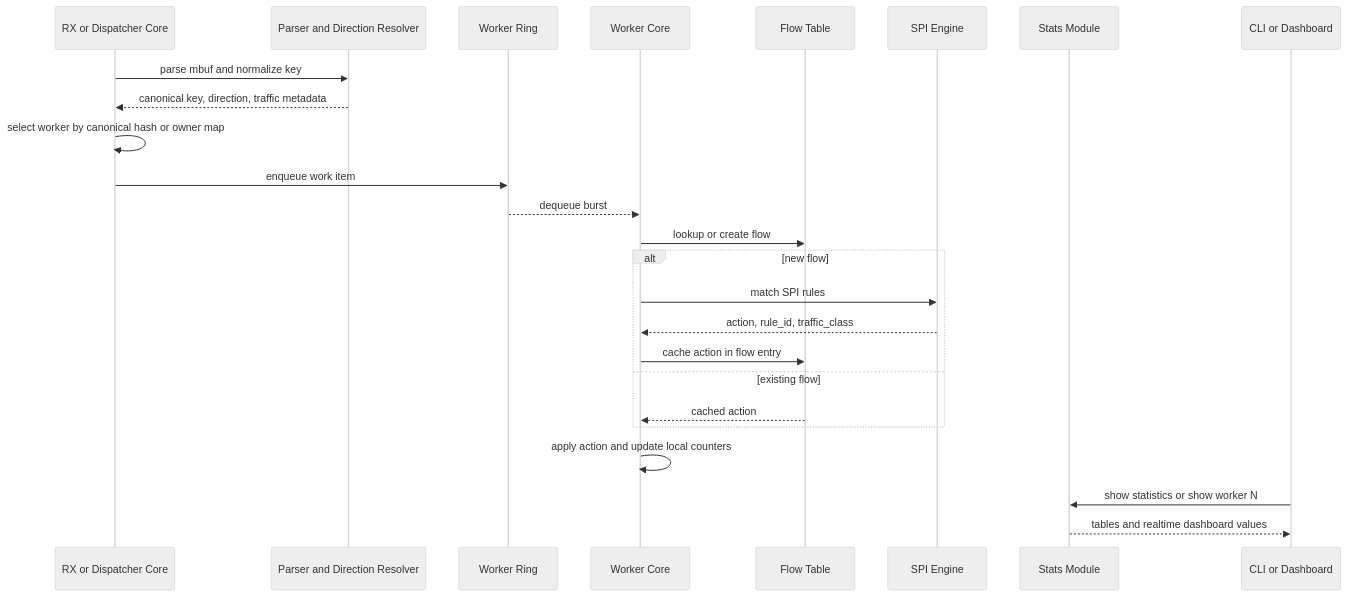
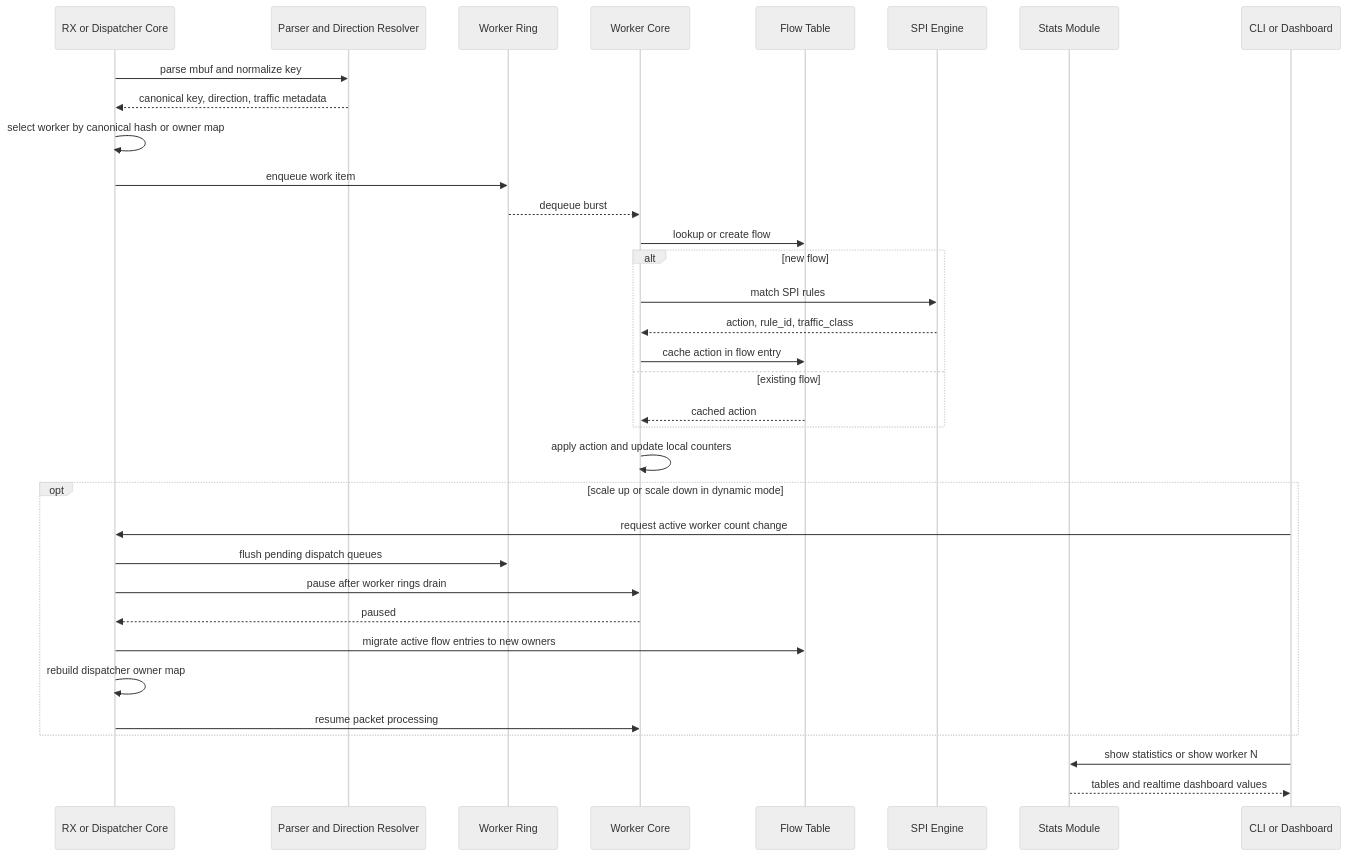
The seventh of 9 diagrams in reports/DESIGN_DIAGRAMS.md (UFOsonzz/VDT_HPC_FlowTable), drawn with Mermaid (neutral theme) before and after one commit. The commit also changed other lines of this file and 20 other files, not shown here.

````diff
--- a/reports/DESIGN_DIAGRAMS.md
+++ b/reports/DESIGN_DIAGRAMS.md
@@ -111,28 +111,37 @@
 ```mermaid
 sequenceDiagram
     participant RX as RX or Dispatcher Core
     participant Parser as Parser and Direction Resolver
     participant Ring as Worker Ring
     participant Worker as Worker Core
     participant Flow as Flow Table
     participant SPI as SPI Engine
     participant Stats as Stats Module
     participant CLI as CLI or Dashboard
 
     RX->>Parser: parse mbuf and normalize key
     Parser-->>RX: canonical key, direction, traffic metadata
     RX->>RX: select worker by canonical hash or owner map
     RX->>Ring: enqueue work item
     Ring-->>Worker: dequeue burst
     Worker->>Flow: lookup or create flow
     alt new flow
         Worker->>SPI: match SPI rules
         SPI-->>Worker: action, rule_id, traffic_class
         Worker->>Flow: cache action in flow entry
     else existing flow
         Flow-->>Worker: cached action
     end
     Worker->>Worker: apply action and update local counters
+    opt scale up or scale down in dynamic mode
+        CLI->>RX: request active worker count change
+        RX->>Ring: flush pending dispatch queues
+        RX->>Worker: pause after worker rings drain
+        Worker-->>RX: paused
+        RX->>Flow: migrate active flow entries to new owners
+        RX->>RX: rebuild dispatcher owner map
+        RX->>Worker: resume packet processing
+    end
     CLI->>Stats: show statistics or show worker N
     Stats-->>CLI: tables and realtime dashboard values
 ```
````
